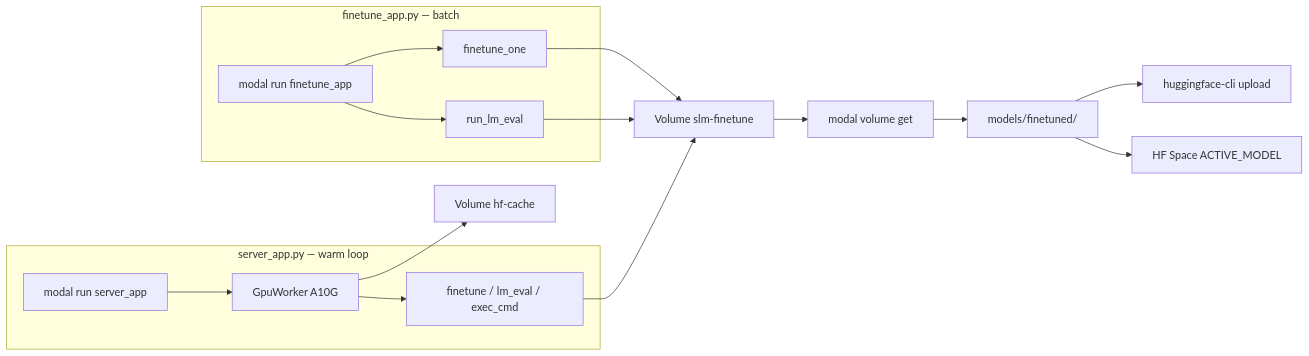
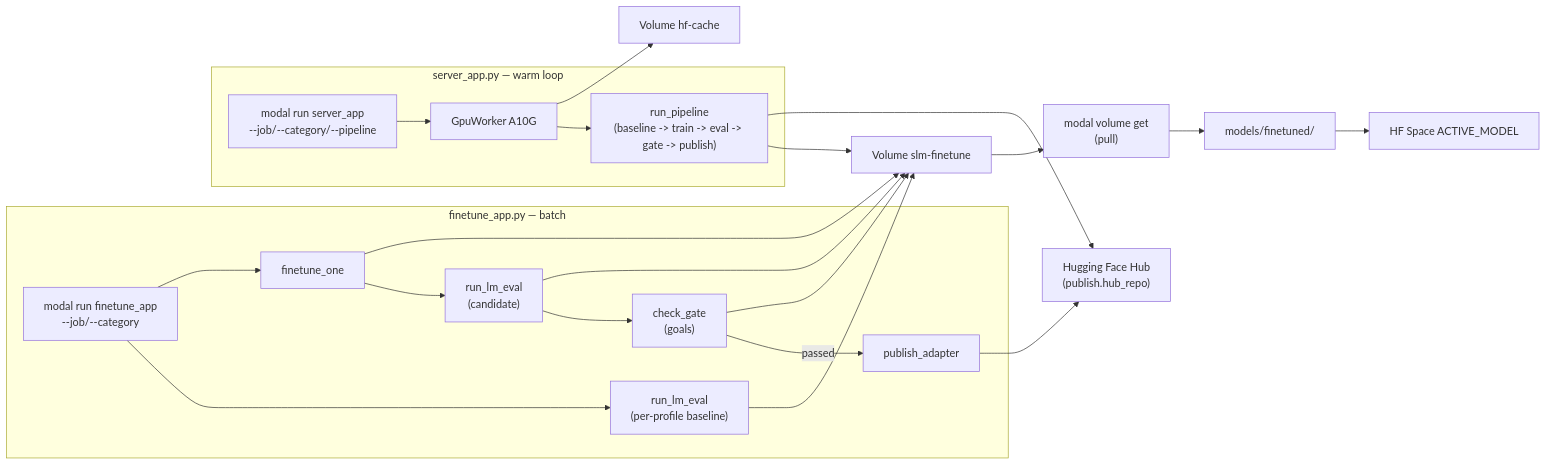
Before and after one commit to MSghais/small-model-hackathon: the diagram in research/modal/README.md, drawn with Mermaid. The commit also changed other lines of this file and 3 other files, not shown here.

````diff
--- a/research/modal/README.md
+++ b/research/modal/README.md
@@ -700,19 +702,25 @@
 ```mermaid
 flowchart LR
   subgraph batch [finetune_app.py — batch]
-    laptop1["modal run finetune_app"] --> train["finetune_one"]
-    laptop1 --> eval["run_lm_eval"]
+    laptop1["modal run finetune_app\n--job/--category"] --> base["run_lm_eval\n(per-profile baseline)"]
+    laptop1 --> train["finetune_one"]
+    train --> eval["run_lm_eval\n(candidate)"]
+    eval --> gate["check_gate\n(goals)"]
+    gate -- passed --> pub["publish_adapter"]
   end
   subgraph worker [server_app.py — warm loop]
-    laptop2["modal run server_app"] --> gpu["GpuWorker A10G"]
-    gpu --> train2["finetune / lm_eval / exec_cmd"]
+    laptop2["modal run server_app\n--job/--category/--pipeline"] --> gpu["GpuWorker A10G"]
+    gpu --> rp["run_pipeline\n(baseline -> train -> eval -> gate -> publish)"]
   end
-  train --> vol["Volume slm-finetune"]
+  base --> vol["Volume slm-finetune"]
+  train --> vol
   eval --> vol
-  train2 --> vol
+  gate --> vol
+  rp --> vol
   gpu --> hfc["Volume hf-cache"]
-  vol --> get["modal volume get"]
-  get --> local["models/finetuned/"]
-  local --> hub["huggingface-cli upload"]
+  pub --> hub["Hugging Face Hub\n(publish.hub_repo)"]
+  rp --> hub
+  vol --> get["modal volume get\n(pull)"]
+  get --> local["models/finetuned/<job>"]
   local --> space["HF Space ACTIVE_MODEL"]
 ```
````
